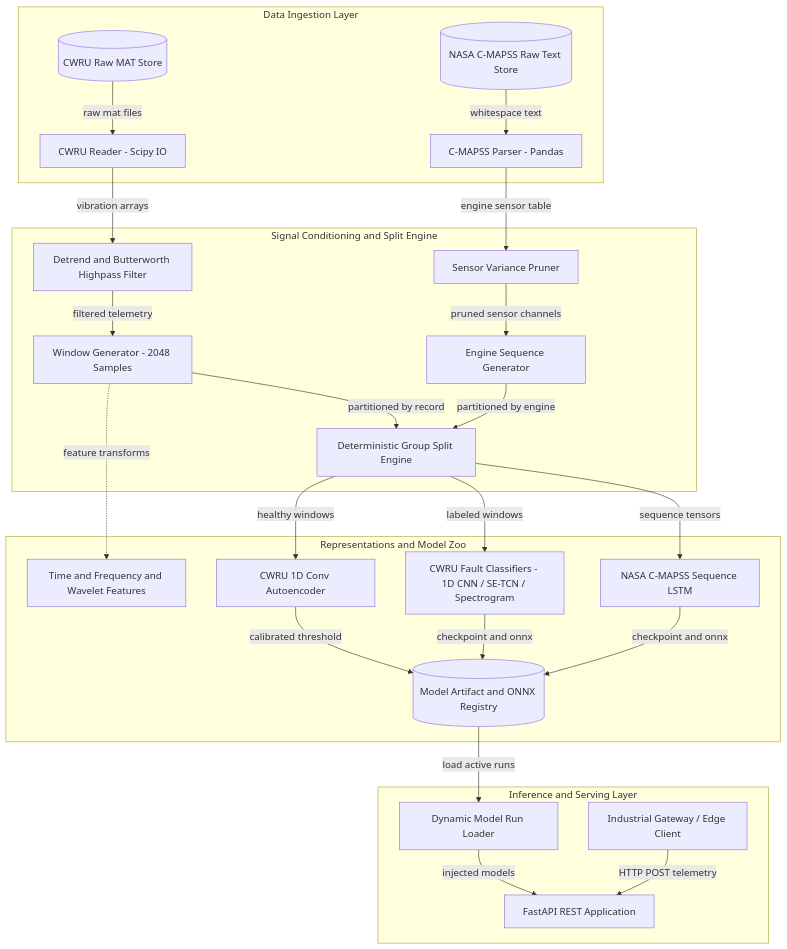
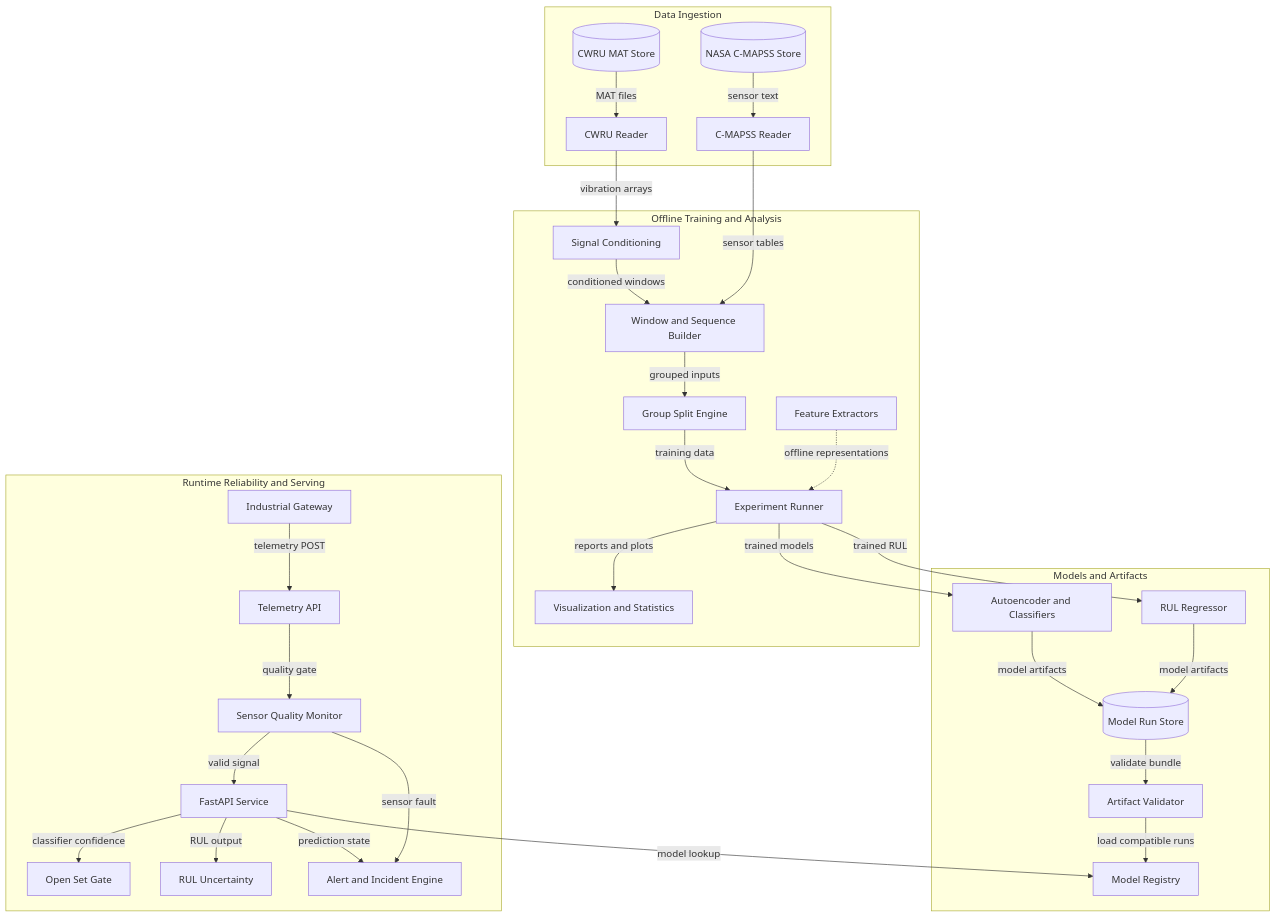
The first of 2 diagrams in .github/modernize/assessment/engines/facts/architecture-diagram.md (Script-Kitty01/OdetteAI), drawn with Mermaid before and after one commit. The commit also changed other lines of this file and 25 other files, not shown here.

Commit message:
Align architecture and harden runtime reliability

````diff
--- a/.github/modernize/assessment/engines/facts/architecture-diagram.md
+++ b/.github/modernize/assessment/engines/facts/architecture-diagram.md
@@ -8,50 +11,57 @@
 ```mermaid
 flowchart TD
-    subgraph IngestionLayer["Data Ingestion Layer"]
-        CwruRaw[("CWRU Raw MAT Store")]
-        CmapssRaw[("NASA C-MAPSS Raw Text Store")]
-        CwruLoader["CWRU Reader - Scipy IO"]
-        CmapssLoader["C-MAPSS Parser - Pandas"]
+    subgraph IngestionLayer["Data Ingestion"]
+        CwruRaw[("CWRU MAT Store")]
+        CmapssRaw[("NASA C-MAPSS Store")]
+        CwruReader["CWRU Reader"]
+        CmapssReader["C-MAPSS Reader"]
+    end
+    subgraph OfflineLayer["Offline Training and Analysis"]
+        Conditioning["Signal Conditioning"]
+        Windowing["Window and Sequence Builder"]
+        Splitting["Group Split Engine"]
+        Features["Feature Extractors"]
+        Experiment["Experiment Runner"]
+        Visuals["Visualization and Statistics"]
+    end
+    subgraph ModelLayer["Models and Artifacts"]
+        Models["Autoencoder and Classifiers"]
+        RulModel["RUL Regressor"]
+        Artifacts[("Model Run Store")]
+        Validator["Artifact Validator"]
+        Registry["Model Registry"]
+    end
+    subgraph RuntimeLayer["Runtime Reliability and Serving"]
+        Gateway["Industrial Gateway"]
+        Telemetry["Telemetry API"]
+        Quality["Sensor Quality Monitor"]
+        Api["FastAPI Service"]
+        OpenSet["Open Set Gate"]
+        Uncertainty["RUL Uncertainty"]
+        Alerts["Alert and Incident Engine"]
     end
 
-    subgraph PreprocessingLayer["Signal Conditioning and Split Engine"]
-        DetrendFilter["Detrend and Butterworth Highpass Filter"]
-        SlidingWindow["Window Generator - 2048 Samples"]
-        VarianceSelector["Sensor Variance Pruner"]
-        SequenceBuilder["Engine Sequence Generator"]
-        SplitEngine["Deterministic Group Split Engine"]
-    end
-
-    subgraph FeatureModelLayer["Representations and Model Zoo"]
-        Features["Time and Frequency and Wavelet Features"]
-        Autoencoder["CWRU 1D Conv Autoencoder"]
-        ClassifierNet["CWRU Fault Classifiers - 1D CNN / SE-TCN / Spectrogram"]
-        RulLSTM["NASA C-MAPSS Sequence LSTM"]
-        ModelRegistry[("Model Artifact and ONNX Registry")]
-    end
-
-    subgraph ServingLayer["Inference and Serving Layer"]
-        FastApiApp["FastAPI REST Application"]
-        RunLoader["Dynamic Model Run Loader"]
-        ClientGateway["Industrial Gateway / Edge Client"]
-    end
-
-    CwruRaw -->|"raw mat files"| CwruLoader
-    CmapssRaw -->|"whitespace text"| CmapssLoader
-    CwruLoader -->|"vibration arrays"| DetrendFilter
-    DetrendFilter -->|"filtered telemetry"| SlidingWindow
-    CmapssLoader -->|"engine sensor table"| VarianceSelector
-    VarianceSelector -->|"pruned sensor channels"| SequenceBuilder
-    SlidingWindow -->|"partitioned by record"| SplitEngine
-    SequenceBuilder -->|"partitioned by engine"| SplitEngine
-    SplitEngine -->|"healthy windows"| Autoencoder
-    SplitEngine -->|"labeled windows"| ClassifierNet
-    SplitEngine -->|"sequence tensors"| RulLSTM
-    SlidingWindow -.->|"feature transforms"| Features
-    Autoencoder -->|"calibrated threshold"| ModelRegistry
-    ClassifierNet -->|"checkpoint and onnx"| ModelRegistry
-    RulLSTM -->|"checkpoint and onnx"| ModelRegistry
-    ModelRegistry -->|"load active runs"| RunLoader
-    RunLoader -->|"injected models"| FastApiApp
-    ClientGateway -->|"HTTP POST telemetry"| FastApiApp
+    CwruRaw -->|"MAT files"| CwruReader
+    CmapssRaw -->|"sensor text"| CmapssReader
+    CwruReader -->|"vibration arrays"| Conditioning
+    Conditioning -->|"conditioned windows"| Windowing
+    CmapssReader -->|"sensor tables"| Windowing
+    Windowing -->|"grouped inputs"| Splitting
+    Splitting -->|"training data"| Experiment
+    Features -.->|"offline representations"| Experiment
+    Experiment -->|"trained models"| Models
+    Experiment -->|"trained RUL"| RulModel
+    Experiment -->|"reports and plots"| Visuals
+    Models -->|"model artifacts"| Artifacts
+    RulModel -->|"model artifacts"| Artifacts
+    Artifacts -->|"validate bundle"| Validator
+    Validator -->|"load compatible runs"| Registry
+    Gateway -->|"telemetry POST"| Telemetry
+    Telemetry -->|"quality gate"| Quality
+    Quality -->|"valid signal"| Api
+    Api -->|"model lookup"| Registry
+    Api -->|"classifier confidence"| OpenSet
+    Api -->|"RUL output"| Uncertainty
+    Api -->|"prediction state"| Alerts
+    Quality -->|"sensor fault"| Alerts
 ```
````
